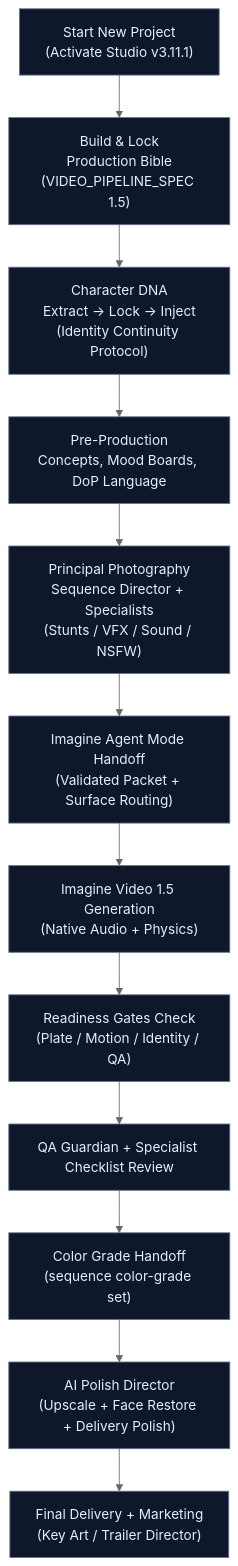
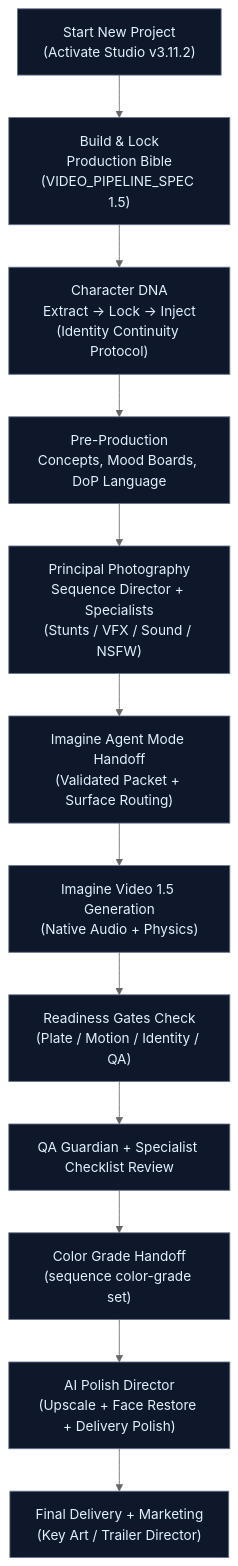
The second of 2 diagrams in README.md (FineComputer14451/Grok-Imagine-Cinematic-Studio), drawn with Mermaid (neutral theme) before and after one commit. The commit also changed other lines of this file and 34 other files, not shown here.

````diff
--- a/README.md
+++ b/README.md
@@ -176,17 +182,17 @@
 ```mermaid
 flowchart TD
-    Start["Start New Project<br/>(Activate Studio v3.11.1)"] --> Bible["Build & Lock<br/>Production Bible<br/>(VIDEO_PIPELINE_SPEC 1.5)"]
+    Start["Start New Project<br/>(Activate Studio v3.11.2)"] --> Bible["Build & Lock<br/>Production Bible<br/>(VIDEO_PIPELINE_SPEC 1.5)"]
     Bible --> DNA["Character DNA<br/>Extract → Lock → Inject<br/>(Identity Continuity Protocol)"]
     DNA --> PreProd["Pre-Production<br/>Concepts, Mood Boards, DoP Language"]
     PreProd --> Principal["Principal Photography<br/>Sequence Director + Specialists<br/>(Stunts / VFX / Sound / NSFW)"]
     Principal --> Handoff["Imagine Agent Mode Handoff<br/>(Validated Packet + Surface Routing)"]
     Handoff --> Generate["Imagine Video 1.5 Generation<br/>(Native Audio + Physics)"]
     Generate --> Gates["Readiness Gates Check<br/>(Plate / Motion / Identity / QA)"]
     Gates --> Review["QA Guardian + Specialist Checklist Review"]
     Review --> Color["Color Grade Handoff<br/>(sequence color-grade set)"]
     Color --> Polish["AI Polish Director<br/>(Upscale + Face Restore + Delivery Polish)"]
     Polish --> Deliver["Final Delivery + Marketing<br/>(Key Art / Trailer Director)"]
 
     classDef step fill:#0f172a,stroke:#64748b,color:#e0f2fe
     class Start,Bible,DNA,PreProd,Principal,Handoff,Generate,Gates,Review,Color,Polish,Deliver step
 ```
````
